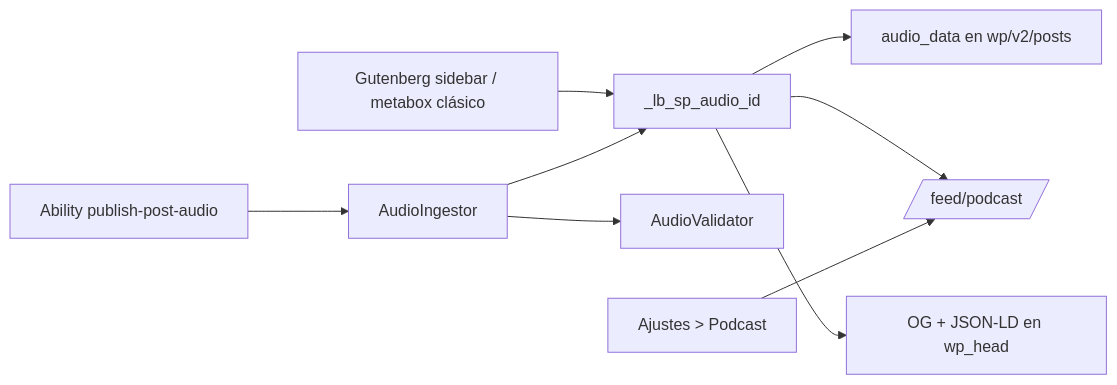
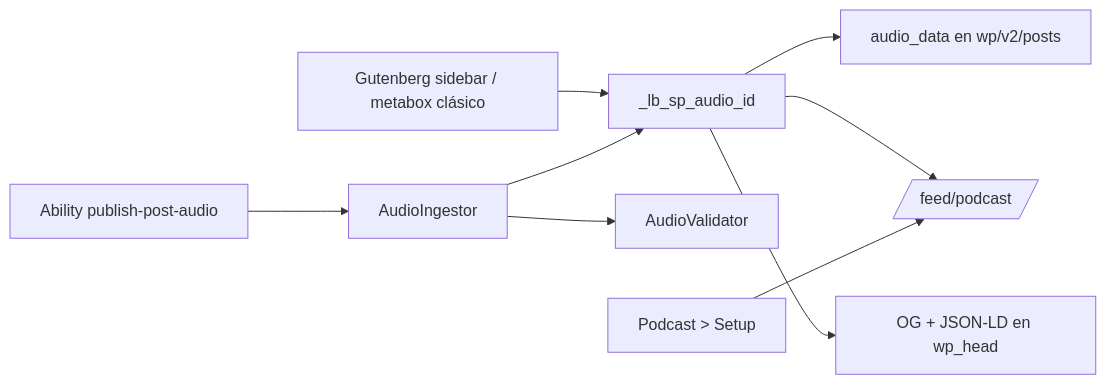
Before and after one commit to lbonomo/simple-podcast: the diagram in docs/architecture.md, drawn with Mermaid. The commit also changed other lines of this file and 18 other files, not shown here.

First line of the commit message:
Add Podcast admin menu with Dashboard, Setup and Logs; remove Lando r… (#11)

````diff
--- a/docs/architecture.md
+++ b/docs/architecture.md
@@ -11,11 +11,11 @@
 ```mermaid
 flowchart LR
   Editor[Gutenberg sidebar / metabox clásico] --> Meta[_lb_sp_audio_id]
   MCP[Ability publish-post-audio] --> Ingest[AudioIngestor]
   Ingest --> Validator[AudioValidator]
   Ingest --> Meta
   Meta --> REST[audio_data en wp/v2/posts]
   Meta --> Feed[/feed/podcast/]
   Meta --> SEO[OG + JSON-LD en wp_head]
-  Settings[Ajustes > Podcast] --> Feed
+  Settings[Podcast > Setup] --> Feed
 ```
````
